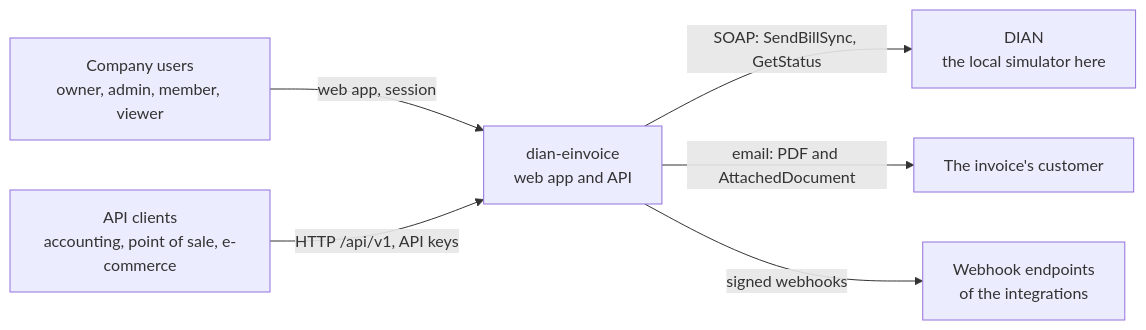
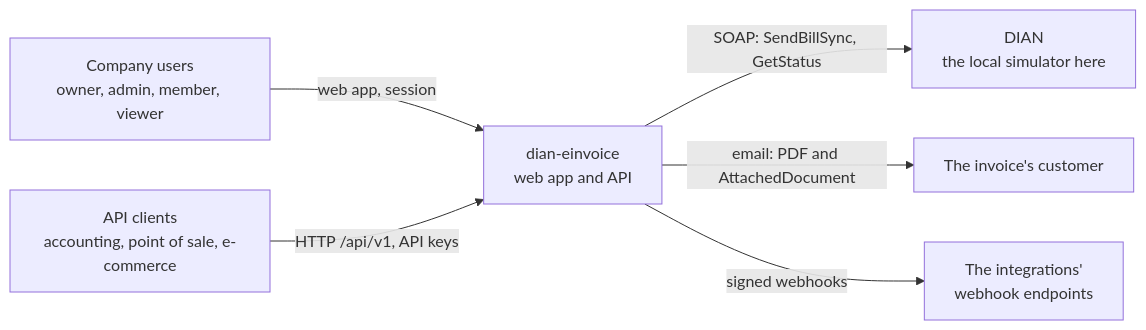
The first of 3 diagrams in docs/architecture.md (iamcesarcuellar/dian-einvoice), drawn with Mermaid before and after one commit. The commit also changed other lines of this file and 163 other files, not shown here.

````diff
--- a/docs/architecture.md
+++ b/docs/architecture.md
@@ -9,8 +9,8 @@
 ```mermaid
 flowchart LR
   users["Company users<br/>owner, admin, member, viewer"] -->|"web app, session"| system
   integrations["API clients<br/>accounting, point of sale, e-commerce"] -->|"HTTP /api/v1, API keys"| system
   system["dian-einvoice<br/>web app and API"] -->|"SOAP: SendBillSync, GetStatus"| dian["DIAN<br/>the local simulator here"]
   system -->|"email: PDF and AttachedDocument"| customers["The invoice's customer"]
-  system -->|"signed webhooks"| receivers["Webhook endpoints<br/>of the integrations"]
+  system -->|"signed webhooks"| receivers["The integrations'<br/>webhook endpoints"]
 ```
````
